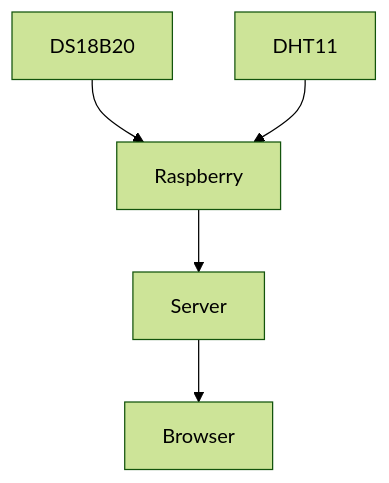
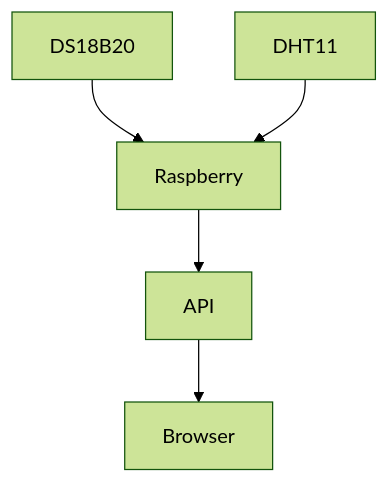
The diagram in README.md (tsaklidis/home-station), drawn with Mermaid (forest theme) before and after one commit. The commit also changed other lines of this file and 4 other files, not shown here.

````diff
--- a/README.md
+++ b/README.md
@@ -54,7 +54,7 @@
 ```mermaid
 graph TD;
   DS18B20-->Raspberry;
   DHT11-->Raspberry;
-  Raspberry-->Server;
-  Server-->Browser;
+  Raspberry-->API;
+  API-->Browser;
 ```
````
